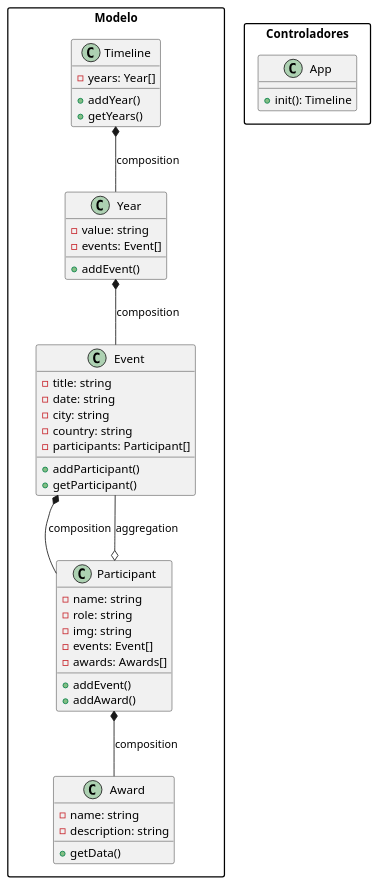
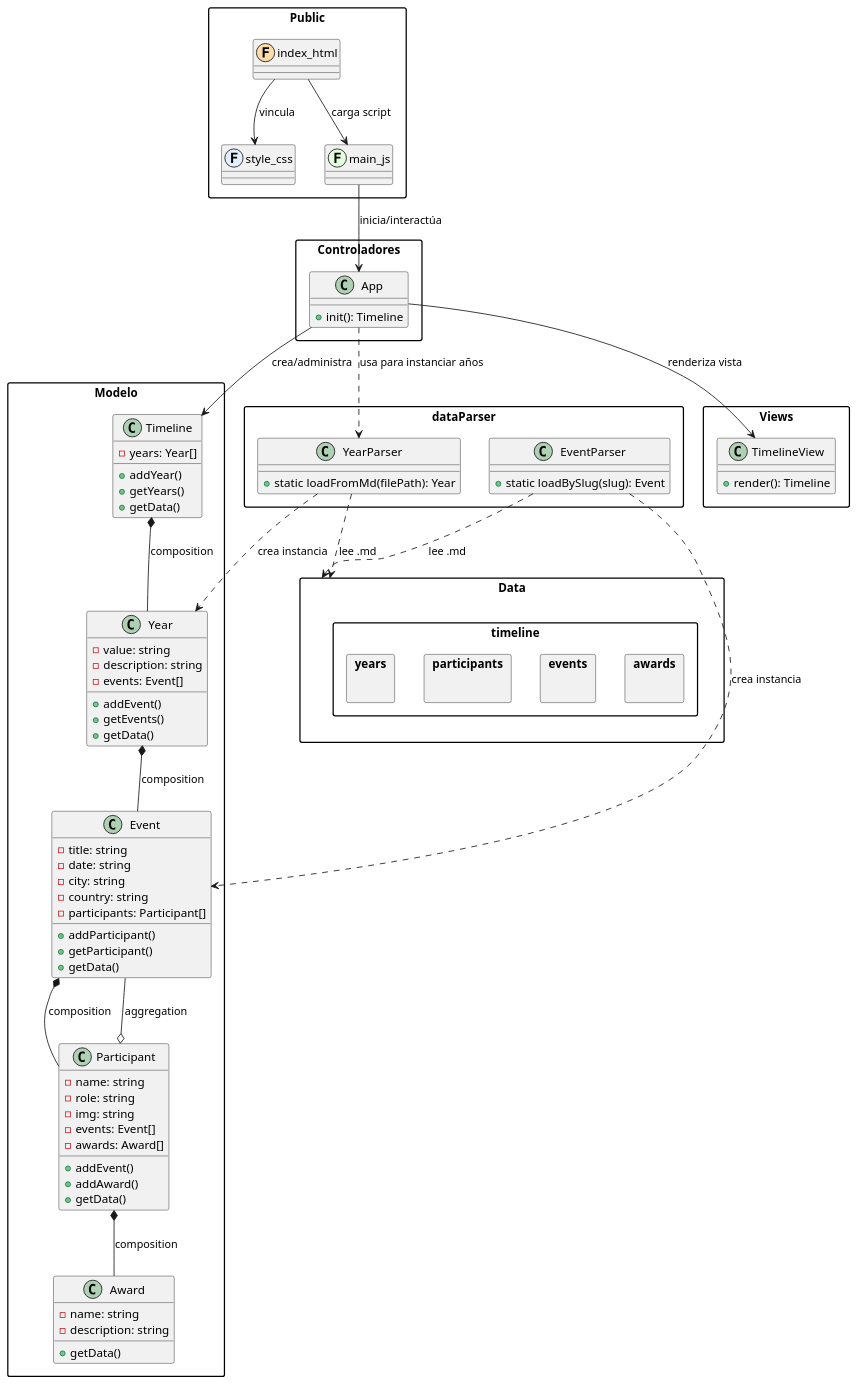
One commit to valleria-web/AE_timeline changed the diagram in timeline.plantuml. Above: the diagram before and after it, drawn with PlantUML. The commit also changed 154 other files, not shown here.

```diff
--- a/timeline.plantuml
+++ b/timeline.plantuml
@@ -1,59 +1,116 @@
 @startuml timeline
 
 skinparam packageStyle rectangle
 
 ' === MODELO ===
 package "Modelo" {
     class Timeline{
         - years: Year[]
         + addYear()
         + getYears()
+        + getData()
     }
 
     class Year{
         - value: string
+        - description: string
         - events: Event[]
         + addEvent()
+        + getEvents()
+        + getData()
     }
 
     class Event{
         - title: string
         - date: string
         - city: string
         - country: string
         - participants: Participant[]
         + addParticipant()
         + getParticipant()
+        + getData()
     }
 
     class Participant{
         - name: string
         - role: string
         - img: string
         - events: Event[]
-        - awards: Awards[]
+        - awards: Award[]
         + addEvent()
         + addAward()
+        + getData()
     }
 
     class Award {
         - name: string
         - description: string
         + getData()
+    }
+}
+
+' === DATA ===
+package "Data" {
+    package "timeline" {
+        package "awards" {}
+        package "events" {}
+        package "participants" {}
+        package "years" {}
+    }
+}
+
+' === DATA Parser ===
+package "dataParser" {
+    class YearParser {
+        + static loadFromMd(filePath): Year
+    }
+    class EventParser {
+        + static loadBySlug(slug): Event
     }
 }
 
 ' === CONTROLADORES ===
 package "Controladores" {
     class App {
         + init(): Timeline
     }
 }
 
+' === VISTAS ===
+package "Views" {
+    class TimelineView {
+        + render(): Timeline
+    }
+}
+
+' === PUBLICO (Front-end) ===
+package "Public" {
+    class index_html << (F,#FFDBAA) >>
+    class style_css << (F,#E2EEFF) >>
+    class main_js << (F,#E2FFDB) >>
+}
+
+' === RELACIONES ENTRE CAPAS ===
+
 Timeline *-- Year           : composition
 Year *-- Event              : composition
 Event *-- Participant       : composition
 Participant *-- Award       : composition
 Participant o-- Event       : aggregation
 
+YearParser ..> Year         : crea instancia
+EventParser ..> Event       : crea instancia
+
+App --> Timeline            : crea/administra
+App ..> YearParser          : usa para instanciar años
+
+index_html --> style_css    : "vincula"
+index_html --> main_js      : "carga script"
+main_js --> App             : "inicia/interactúa"
+App --> TimelineView        : "renderiza vista"
+
+' Relación data <-> Parser
+YearParser ..> Data : "lee .md"
+EventParser ..> Data : "lee .md"
+
 @enduml
```
